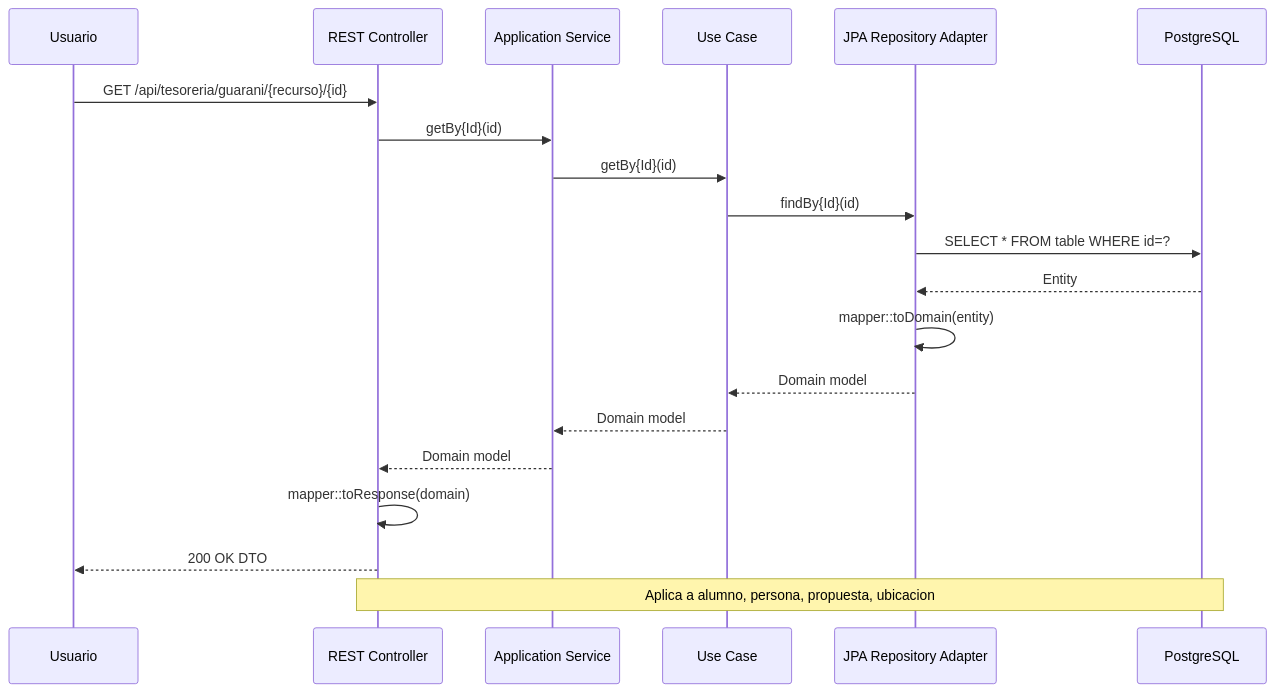
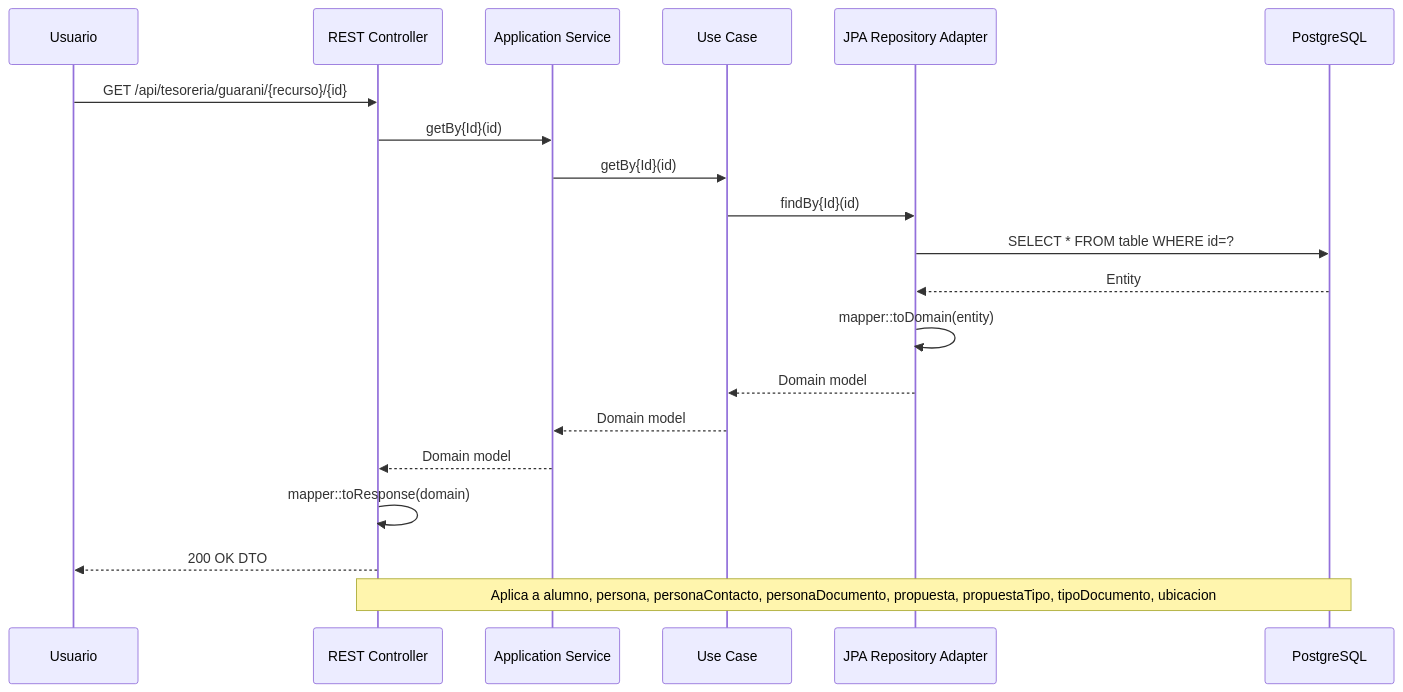
The fourth of 6 diagrams in README.md (UM-services/UM.tesoreria.guarani-service), drawn with Mermaid before and after one commit. The commit also changed other lines of this file and 99 other files, not shown here.

````diff
--- a/README.md
+++ b/README.md
@@ -82,23 +82,23 @@
 ```mermaid
 sequenceDiagram
     participant User as Usuario
     participant REST as REST Controller
     participant Service as Application Service
     participant UseCase as Use Case
     participant JPA as JPA Repository Adapter
     participant DB as PostgreSQL
 
     User->>REST: GET /api/tesoreria/guarani/{recurso}/{id}
     REST->>Service: getBy{Id}(id)
     Service->>UseCase: getBy{Id}(id)
     UseCase->>JPA: findBy{Id}(id)
     JPA->>DB: SELECT * FROM table WHERE id=?
     DB-->>JPA: Entity
     JPA->>JPA: mapper::toDomain(entity)
     JPA-->>UseCase: Domain model
     UseCase-->>Service: Domain model
     Service-->>REST: Domain model
     REST->>REST: mapper::toResponse(domain)
     REST-->>User: 200 OK DTO
-    Note over REST,DB: Aplica a alumno, persona, propuesta, ubicacion
+    Note over REST,DB: Aplica a alumno, persona, personaContacto, personaDocumento, propuesta, propuestaTipo, tipoDocumento, ubicacion
 ```
````
